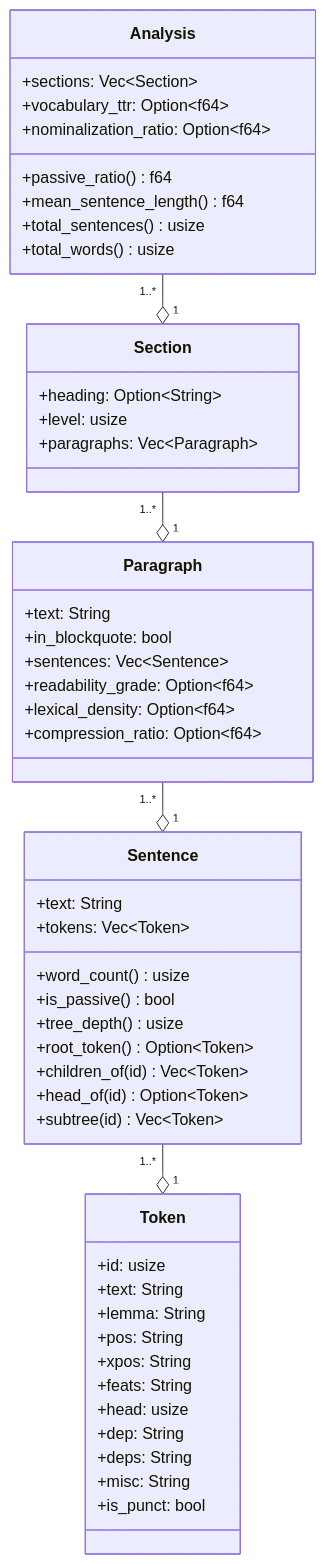
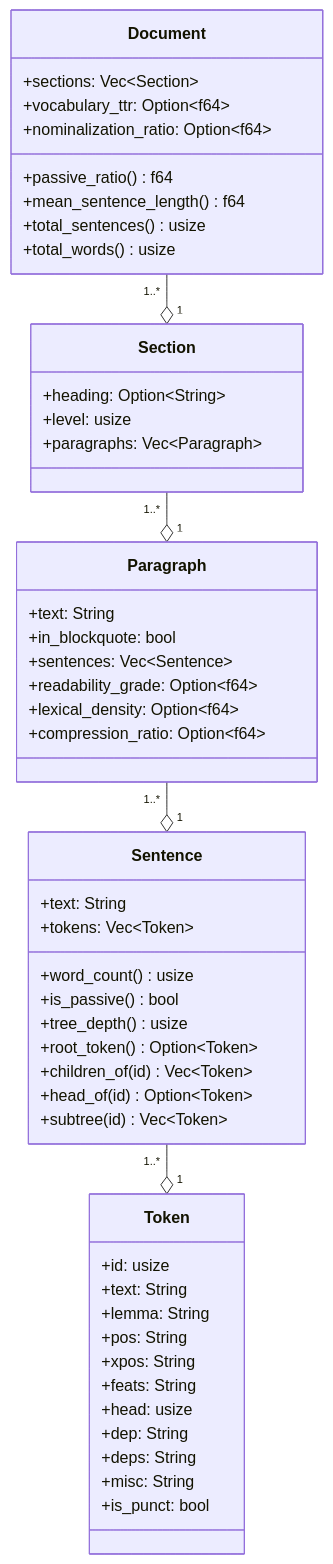
Before and after one commit to mox-labs/matra: the diagram in .claude/arch/domain-model.md, drawn with Mermaid. The commit also changed other lines of this file and 27 other files, not shown here.

First line of the commit message:
refactor(domain)!: rename Analysis to Document; lock abstract-tier vocab (ADR-0006)

````diff
--- a/.claude/arch/domain-model.md
+++ b/.claude/arch/domain-model.md
@@ -7,58 +7,58 @@
 ```mermaid
 classDiagram
     class Token {
         +id: usize
         +text: String
         +lemma: String
         +pos: String
         +xpos: String
         +feats: String
         +head: usize
         +dep: String
         +deps: String
         +misc: String
         +is_punct: bool
     }
 
     class Sentence {
         +text: String
         +tokens: Vec~Token~
         +word_count() usize
         +is_passive() bool
         +tree_depth() usize
         +root_token() Option~Token~
         +children_of(id) Vec~Token~
         +head_of(id) Option~Token~
         +subtree(id) Vec~Token~
     }
 
     class Paragraph {
         +text: String
         +in_blockquote: bool
         +sentences: Vec~Sentence~
         +readability_grade: Option~f64~
         +lexical_density: Option~f64~
         +compression_ratio: Option~f64~
     }
 
     class Section {
         +heading: Option~String~
         +level: usize
         +paragraphs: Vec~Paragraph~
     }
 
-    class Analysis {
+    class Document {
         +sections: Vec~Section~
         +vocabulary_ttr: Option~f64~
         +nominalization_ratio: Option~f64~
         +passive_ratio() f64
         +mean_sentence_length() f64
         +total_sentences() usize
         +total_words() usize
     }
 
     Sentence "1..*" --o "1" Token
     Paragraph "1..*" --o "1" Sentence
     Section "1..*" --o "1" Paragraph
-    Analysis "1..*" --o "1" Section
+    Document "1..*" --o "1" Section
 ```
````
